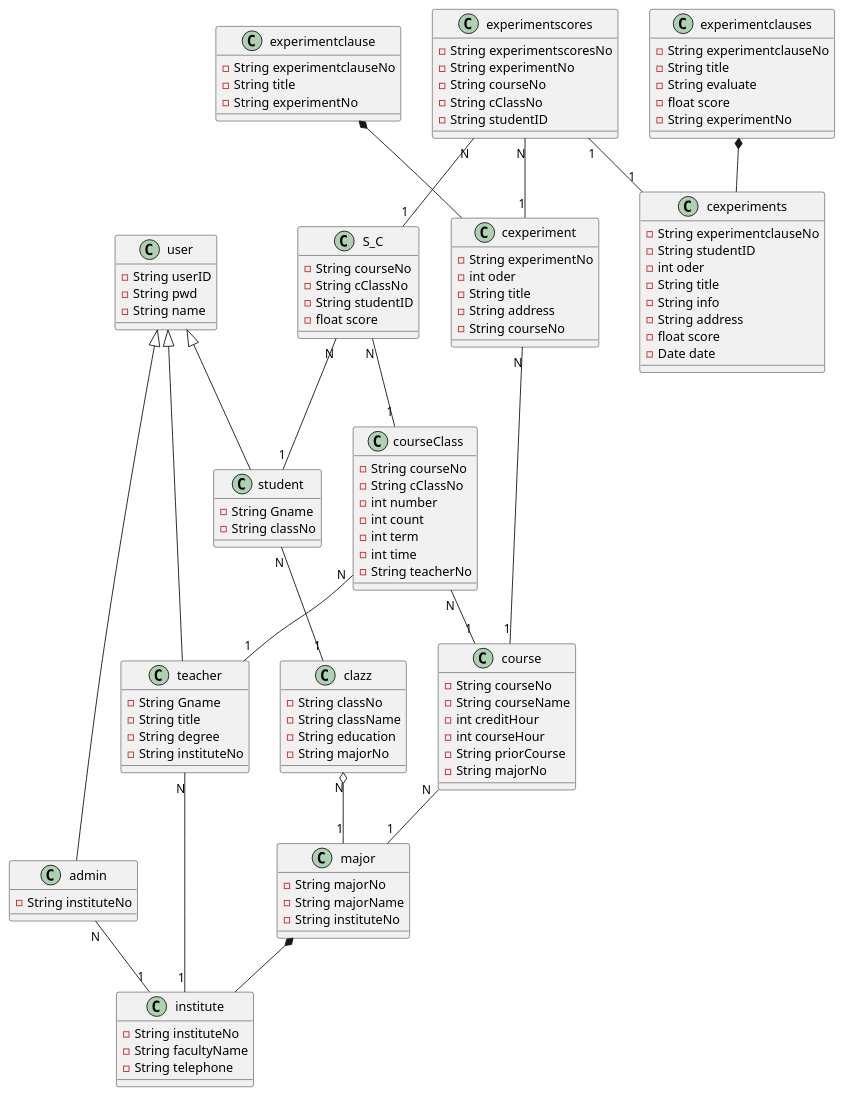
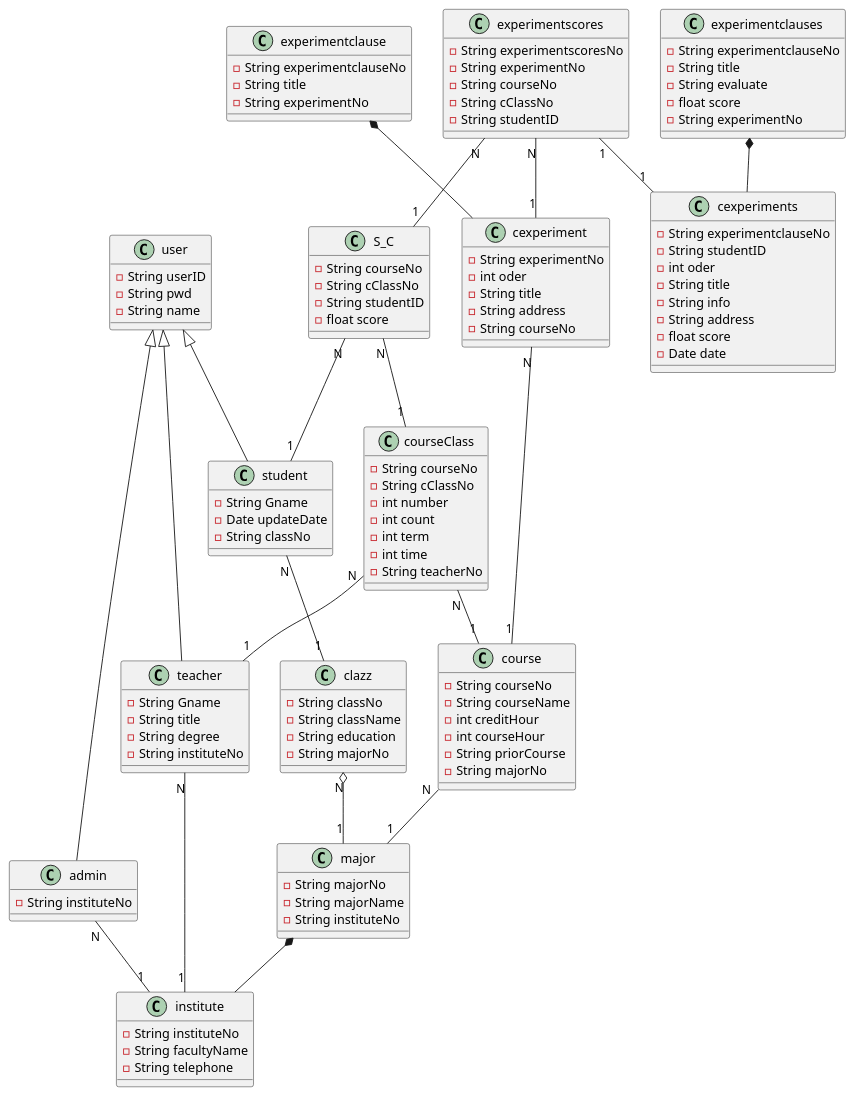
The diagram in test6/classView.pu (201610414130/is_analysis-4), drawn with PlantUML before and after one commit. The commit also changed 5 other files, not shown here.

```diff
--- a/test6/classView.pu
+++ b/test6/classView.pu
@@ -1,117 +1,118 @@
 @startuml 实验管理平台类图
 class user{
     -String userID
     -String pwd
     -String name
 }
 class student{
     -String Gname
+    -Date updateDate
     -String classNo
 }
 class teacher{
     -String Gname
     -String title
     -String degree
     -String instituteNo
 }
 class admin{
     -String instituteNo
 }
 class clazz{
     -String classNo
     -String className
     -String education
     -String majorNo
 }
 class major{
     -String majorNo
     -String majorName
     -String instituteNo
 }
 class institute{
     -String instituteNo
     -String facultyName
     -String telephone
 }
 class course{
     -String courseNo
     -String courseName
     -int creditHour
     -int courseHour
     -String priorCourse
     -String majorNo
 }
 class courseClass{
     -String courseNo
     -String cClassNo
     -int number
     -int count
     -int term
     -int time
     -String teacherNo
 }
 class S_C{
     -String courseNo
     -String cClassNo
     -String studentID
     -float score
 }
 
 class cexperiment{
     -String experimentNo
     -int oder
     -String title
     -String address
     -String courseNo
 }
 
 class experimentclause{
     -String experimentclauseNo
     -String title
     -String experimentNo
 }
 
 class cexperiments{
     -String experimentclauseNo
     -String studentID
     -int oder
     -String title
     -String info
     -String address
     -float score
     -Date date
 }
 class experimentclauses{
     -String experimentclauseNo
     -String title
     -String evaluate
     -float score
     -String experimentNo
 }
 class experimentscores{
     -String experimentscoresNo
     -String experimentNo
     -String courseNo
     -String cClassNo
     -String studentID
 }
 student -up-|> user
 teacher -up-|> user
 admin -up-|> user
 student "N" -- "1" clazz
 clazz "N" o-- "1" major
 major *-- institute
 teacher "N" -- "1" institute
 admin "N" -- "1" institute
 S_C "N" -- "1" student
 S_C "N" -- "1" courseClass
 courseClass "N" -- "1" course
 courseClass "N" -- "1" teacher
 course "N" -- "1" major
 experimentclause *-- cexperiment
 cexperiment "N" -- "1" course
 experimentscores "N" -- "1" S_C
 experimentscores "N" -- "1" cexperiment
 experimentclauses *-- cexperiments
 experimentscores "1"--"1" cexperiments
 @enduml
```
